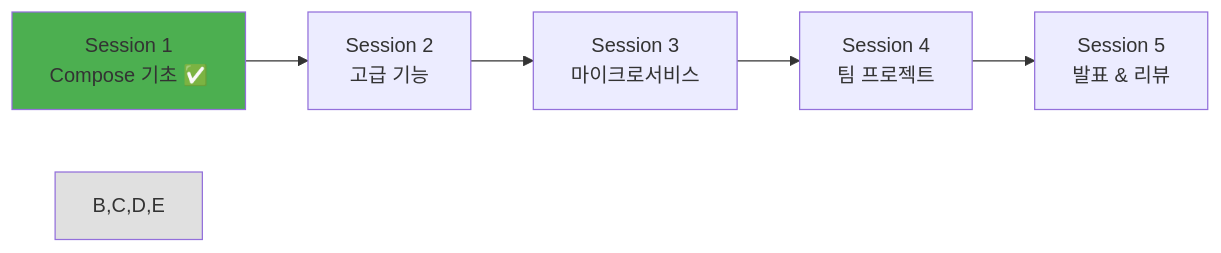
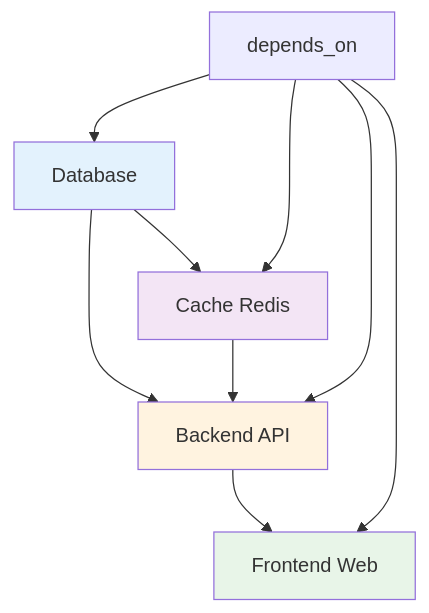
Before and after one commit to niceguy61/kdt_devops_lecture_2025: the second of 2 diagrams in theory/week_01/day4/session_1.md, drawn with Mermaid. The commit also changed other lines of this file and 26 other files, not shown here.

````diff
--- a/theory/week_01/day4/session_1.md
+++ b/theory/week_01/day4/session_1.md
@@ -389,10 +112,17 @@
 ```mermaid
-graph LR
-    A[Session 1<br/>Compose 기초 ✅] --> B[Session 2<br/>고급 기능]
-    B --> C[Session 3<br/>마이크로서비스]
-    C --> D[Session 4<br/>팀 프로젝트]
-    D --> E[Session 5<br/>발표 & 리뷰]
+graph TB
+    A[Database] --> B[Backend API]
+    B --> C[Frontend Web]
+    A --> D[Cache Redis]
+    D --> B
     
-    style A fill:#4caf50
-    style B,C,D,E fill:#e0e0e0
+    E[depends_on] --> A
+    E --> B
+    E --> C
+    E --> D
+    
+    style A fill:#e3f2fd
+    style B fill:#fff3e0
+    style C fill:#e8f5e8
+    style D fill:#f3e5f5
 ```
````
